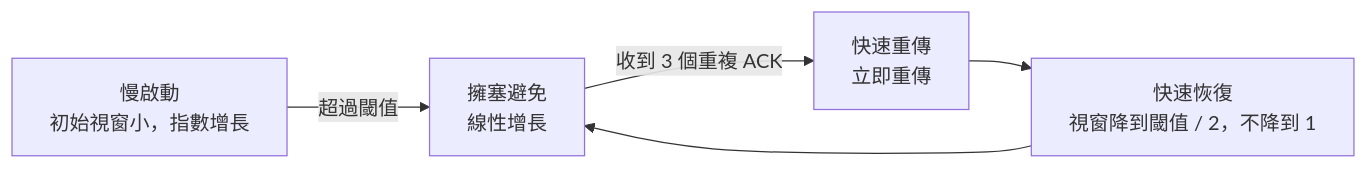
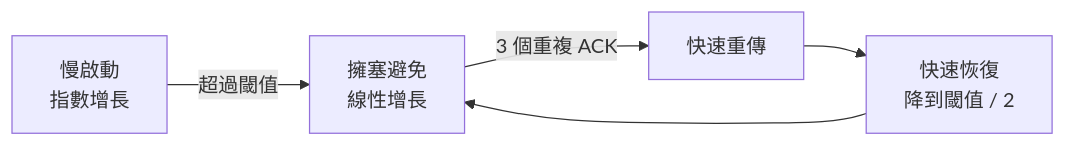
The fourth of 4 diagrams in docs/network-security/network/tcp.md (AnthonyFuFu/StudyNotes), drawn with Mermaid before and after one commit. The commit also changed 43 other files, not shown here.

````diff
--- a/docs/network-security/network/tcp.md
+++ b/docs/network-security/network/tcp.md
@@ -94,7 +94,7 @@
 ``` mermaid
 flowchart LR
-    SS["慢啟動<br>初始視窗小，指數增長"] -->|"超過閾值"| CA["擁塞避免<br>線性增長"]
-    CA -->|"收到 3 個重複 ACK"| FR["快速重傳<br>立即重傳"]
-    FR --> FRC["快速恢復<br>視窗降到閾值 / 2，不降到 1"]
+    SS["慢啟動<br>指數增長"] -->|"超過閾值"| CA["擁塞避免<br>線性增長"]
+    CA -->|"3 個重複 ACK"| FR["快速重傳"]
+    FR --> FRC["快速恢復<br>降到閾值 / 2"]
     FRC --> CA
 ```
````
